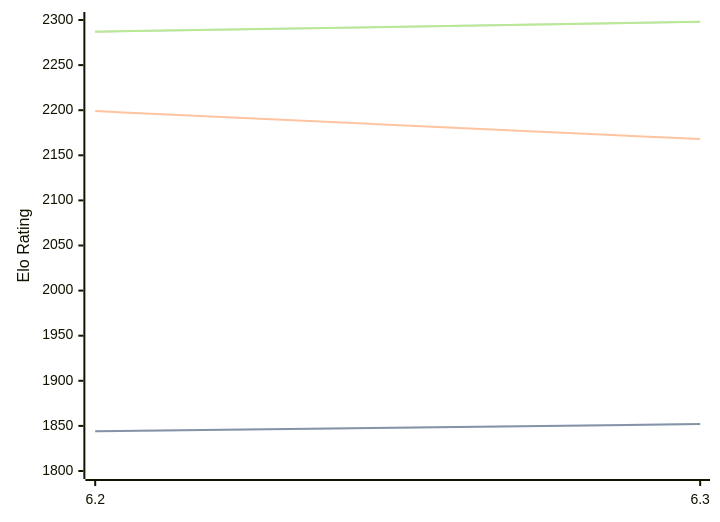
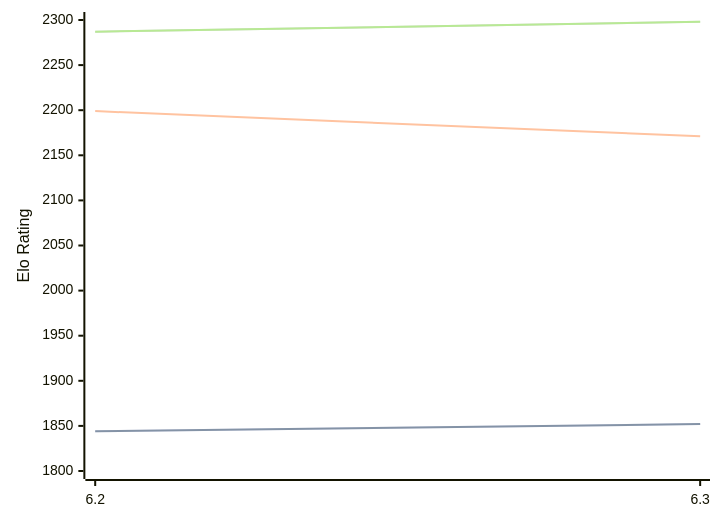
One commit to computer-chess-index/cci changed the diagram in engines/chess4j.md. Above: the diagram before and after it, drawn with Mermaid. The commit also changed other lines of this file, not shown here.

````diff
--- a/engines/chess4j.md
+++ b/engines/chess4j.md
@@ -38,11 +38,11 @@
 ```mermaid
 %%{init: {"theme":"base","themeVariables":{"seriesColors:['#a3a3a3','#222221','#faa371']}}}%%
 xychart-beta
   x-axis ["6.2", "6.3"]
   y-axis "Elo Rating" 1800 --> 2300
   line "STC (8.0+0.08s)" [1844, 1852]
   line "STC (8.0+0.08s)" [1844, 1852]
-  line "LTC (60.0+0.60s)" [2199, 2168]
+  line "LTC (60.0+0.60s)" [2199, 2171]
   line "VLTC (2m24s+1.12s)" [2287, 2298]
   line "VLTC (2m24s+1.12s)" [2287, 2298]
 ```
````
